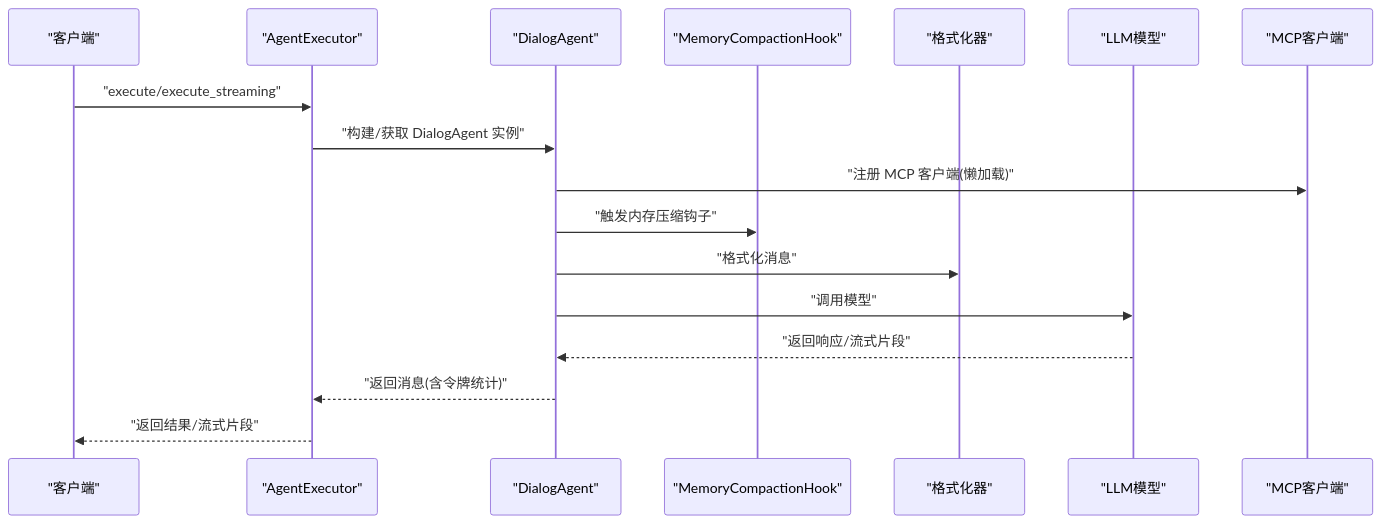
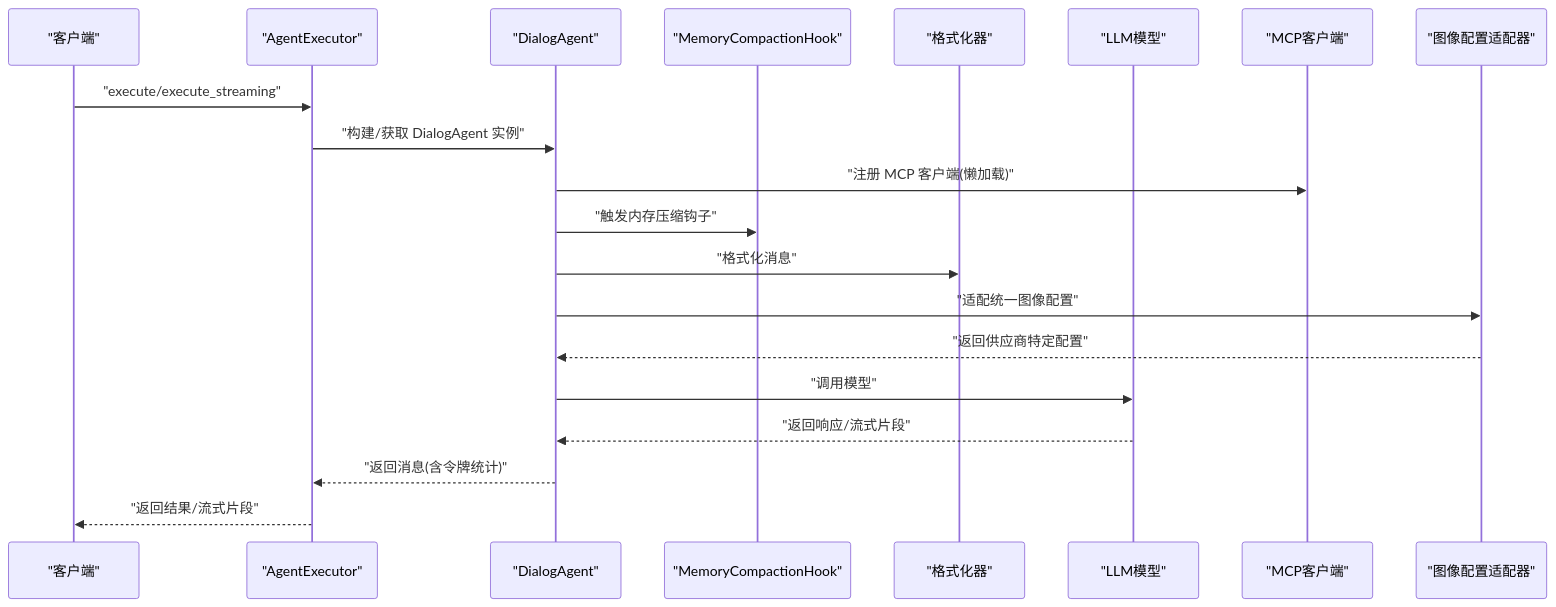
Before and after one commit to KunLabAI/KunFlix: the second of 9 diagrams in .qoder/repowiki/zh/content/AI智能体系统/智能体配置管理.md, drawn with Mermaid. The commit also changed other lines of this file and 24 other files, not shown here.

````diff
--- a/.qoder/repowiki/zh/content/AI智能体系统/智能体配置管理.md
+++ b/.qoder/repowiki/zh/content/AI智能体系统/智能体配置管理.md
@@ -116,19 +155,22 @@
 ```mermaid
 sequenceDiagram
 participant Client as "客户端"
 participant Executor as "AgentExecutor"
 participant Agent as "DialogAgent"
 participant Hook as "MemoryCompactionHook"
 participant Formatter as "格式化器"
 participant Model as "LLM模型"
 participant MCP as "MCP客户端"
+participant ImageAdapter as "图像配置适配器"
 Client->>Executor : "execute/execute_streaming"
 Executor->>Agent : "构建/获取 DialogAgent 实例"
 Agent->>MCP : "注册 MCP 客户端(懒加载)"
 Agent->>Hook : "触发内存压缩钩子"
 Agent->>Formatter : "格式化消息"
+Agent->>ImageAdapter : "适配统一图像配置"
+ImageAdapter-->>Agent : "返回供应商特定配置"
 Agent->>Model : "调用模型"
 Model-->>Agent : "返回响应/流式片段"
 Agent-->>Executor : "返回消息(含令牌统计)"
 Executor-->>Client : "返回结果/流式片段"
 ```
````
